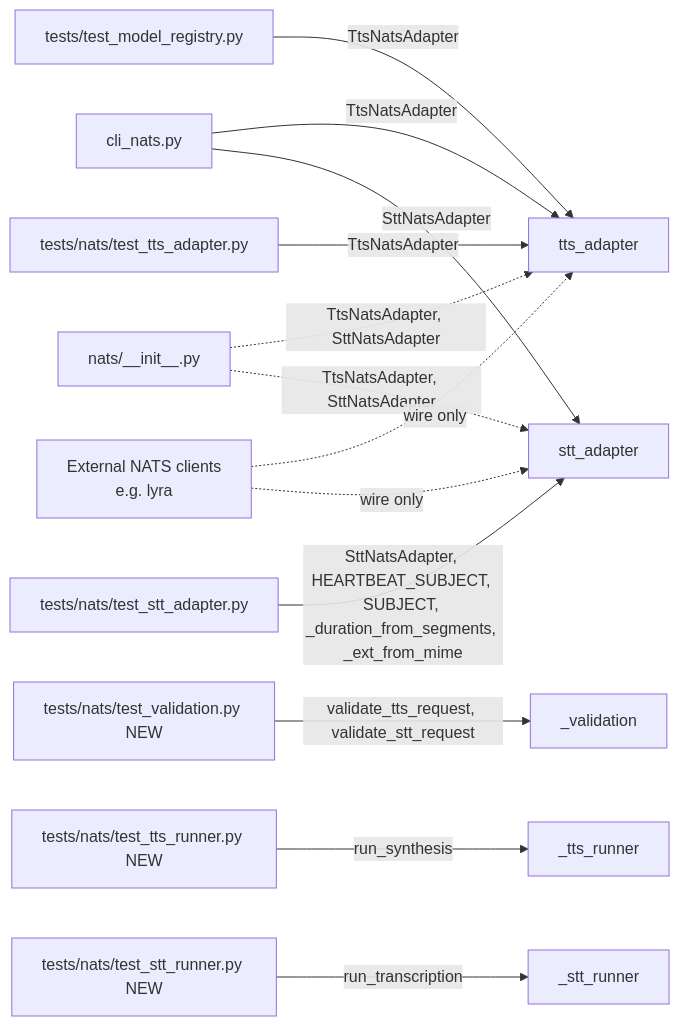
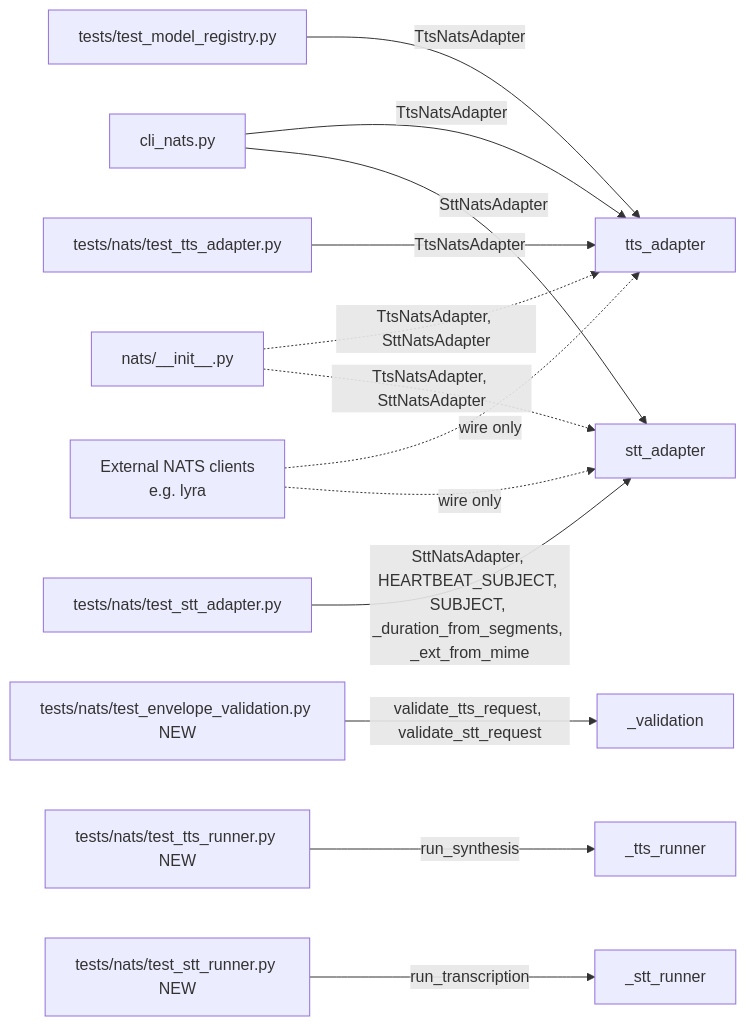
The second of 2 diagrams in artifacts/specs/147-split-nats-adapters-spec.mdx (Roxabi/voiceCLI), drawn with Mermaid before and after one commit. The commit also changed other lines of this file and 9 other files, not shown here.

````diff
--- a/artifacts/specs/147-split-nats-adapters-spec.mdx
+++ b/artifacts/specs/147-split-nats-adapters-spec.mdx
@@ -127,13 +127,13 @@
 ```mermaid
 flowchart LR
     cli_nats[cli_nats.py] -- TtsNatsAdapter --> tts_adapter
     cli_nats -- SttNatsAdapter --> stt_adapter
     nats_init[nats/__init__.py] -. TtsNatsAdapter, SttNatsAdapter .-> tts_adapter & stt_adapter
     test_mr[tests/test_model_registry.py] -- TtsNatsAdapter --> tts_adapter
     test_tts[tests/nats/test_tts_adapter.py] -- TtsNatsAdapter --> tts_adapter
     test_stt[tests/nats/test_stt_adapter.py] -- SttNatsAdapter, HEARTBEAT_SUBJECT, SUBJECT, _duration_from_segments, _ext_from_mime --> stt_adapter
-    test_val[tests/nats/test_validation.py NEW] -- validate_tts_request, validate_stt_request --> _validation
+    test_val[tests/nats/test_envelope_validation.py NEW] -- validate_tts_request, validate_stt_request --> _validation
     test_tts_run[tests/nats/test_tts_runner.py NEW] -- run_synthesis --> _tts_runner
     test_stt_run[tests/nats/test_stt_runner.py NEW] -- run_transcription --> _stt_runner
     ext[External NATS clients<br/>e.g. lyra] -. wire only .-> tts_adapter & stt_adapter
 ```
````
